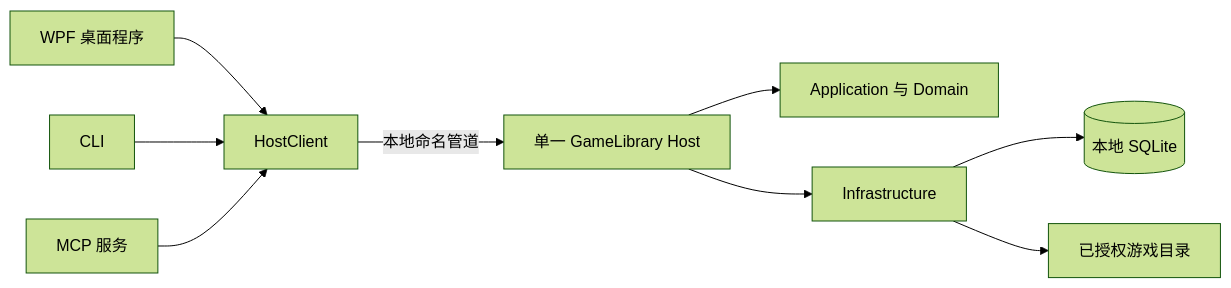
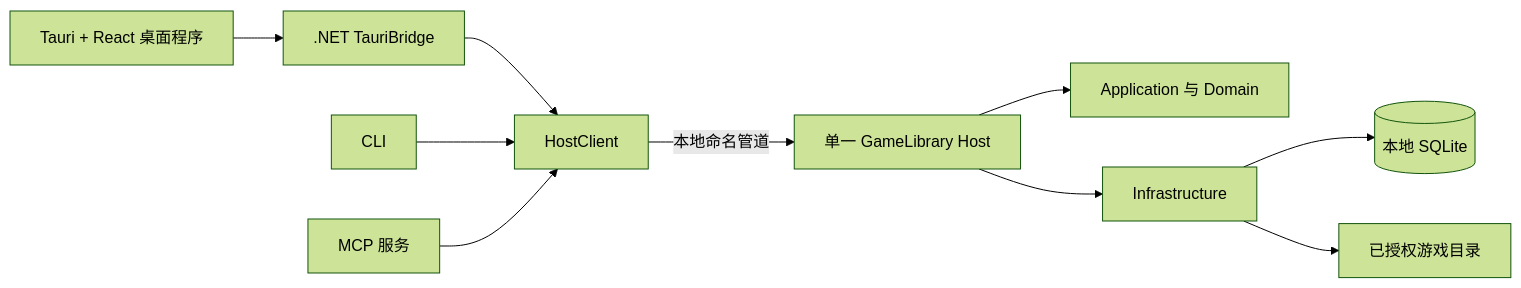
One commit to sumingwang233/GameLibrary changed the diagram in README.zh-CN.md. Above: the diagram before and after it, drawn with Mermaid (forest theme). The commit also changed other lines of this file and 80 other files, not shown here.

Commit message:
引入 v1.1.5 Tauri React 桌面端

````diff
--- a/README.zh-CN.md
+++ b/README.zh-CN.md
@@ -88,11 +88,12 @@
 ```mermaid
 flowchart LR
-    Desktop[WPF 桌面程序] --> Client[HostClient]
+    Desktop[Tauri + React 桌面程序] --> Bridge[.NET TauriBridge]
+    Bridge --> Client[HostClient]
     CLI[CLI] --> Client
     MCP[MCP 服务] --> Client
     Client -->|本地命名管道| Host[单一 GameLibrary Host]
     Host --> Domain[Application 与 Domain]
     Host --> Infra[Infrastructure]
     Infra --> DB[(本地 SQLite)]
     Infra --> FS[已授权游戏目录]
 ```
````
